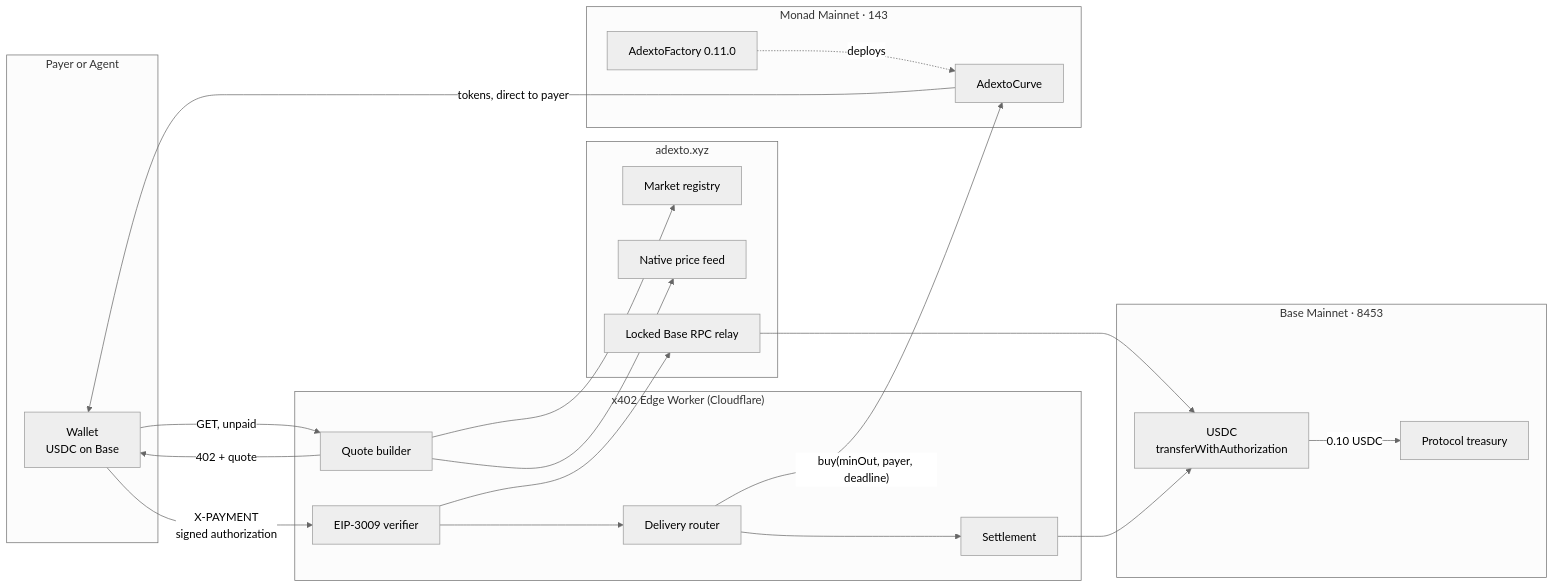
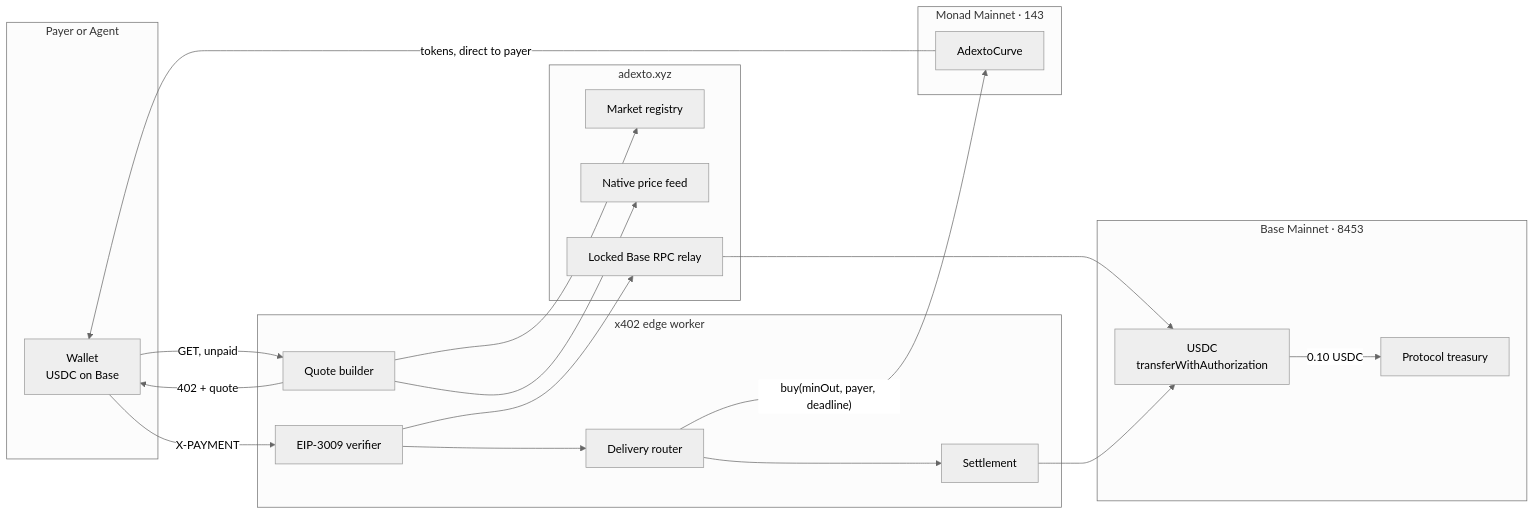
One commit to 0xcuy/adexto-monad changed the third of 6 diagrams in README.md. Above: the diagram before and after it, drawn with Mermaid (neutral theme). The commit also changed other lines of this file, not shown here.

````diff
--- a/README.md
+++ b/README.md
@@ -64,44 +222,42 @@
 ```mermaid
 flowchart LR
     subgraph payer["Payer or Agent"]
         W["Wallet<br/>USDC on Base"]
     end
 
-    subgraph edge["x402 Edge Worker (Cloudflare)"]
+    subgraph edge["x402 edge worker"]
         Q["Quote builder"]
         V["EIP-3009 verifier"]
         D["Delivery router"]
         S["Settlement"]
     end
 
     subgraph origin["adexto.xyz"]
         R["Market registry"]
         P["Native price feed"]
         RL["Locked Base RPC relay"]
     end
 
     subgraph base["Base Mainnet · 8453"]
         U["USDC<br/>transferWithAuthorization"]
         T["Protocol treasury"]
     end
 
     subgraph monad["Monad Mainnet · 143"]
-        F["AdextoFactory 0.11.0"]
         C["AdextoCurve"]
     end
 
     W -->|"GET, unpaid"| Q
     Q --> R
     Q --> P
     Q -->|"402 + quote"| W
-    W -->|"X-PAYMENT<br/>signed authorization"| V
+    W -->|"X-PAYMENT"| V
     V --> RL
     RL --> U
     V --> D
     D -->|"buy(minOut, payer, deadline)"| C
     C -->|"tokens, direct to payer"| W
     D --> S
     S --> U
     U -->|"0.10 USDC"| T
-    F -.->|"deploys"| C
 ```
````
